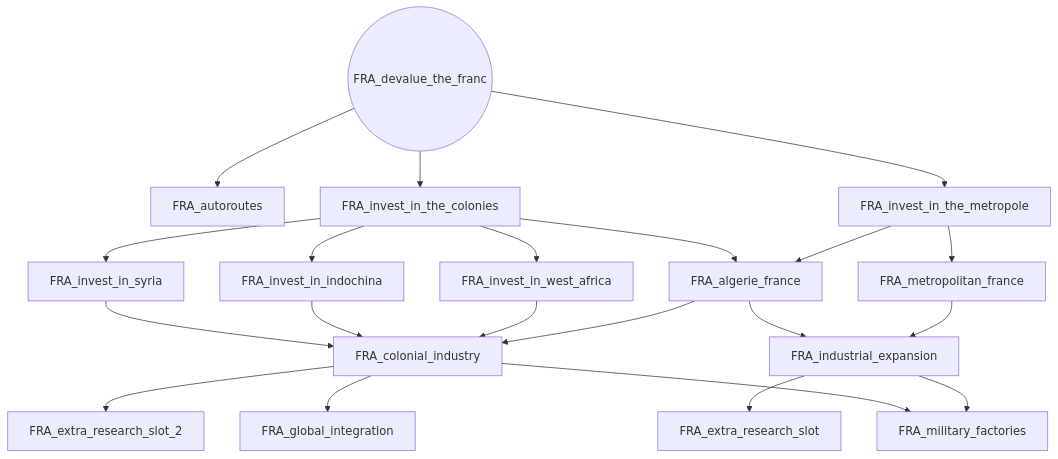
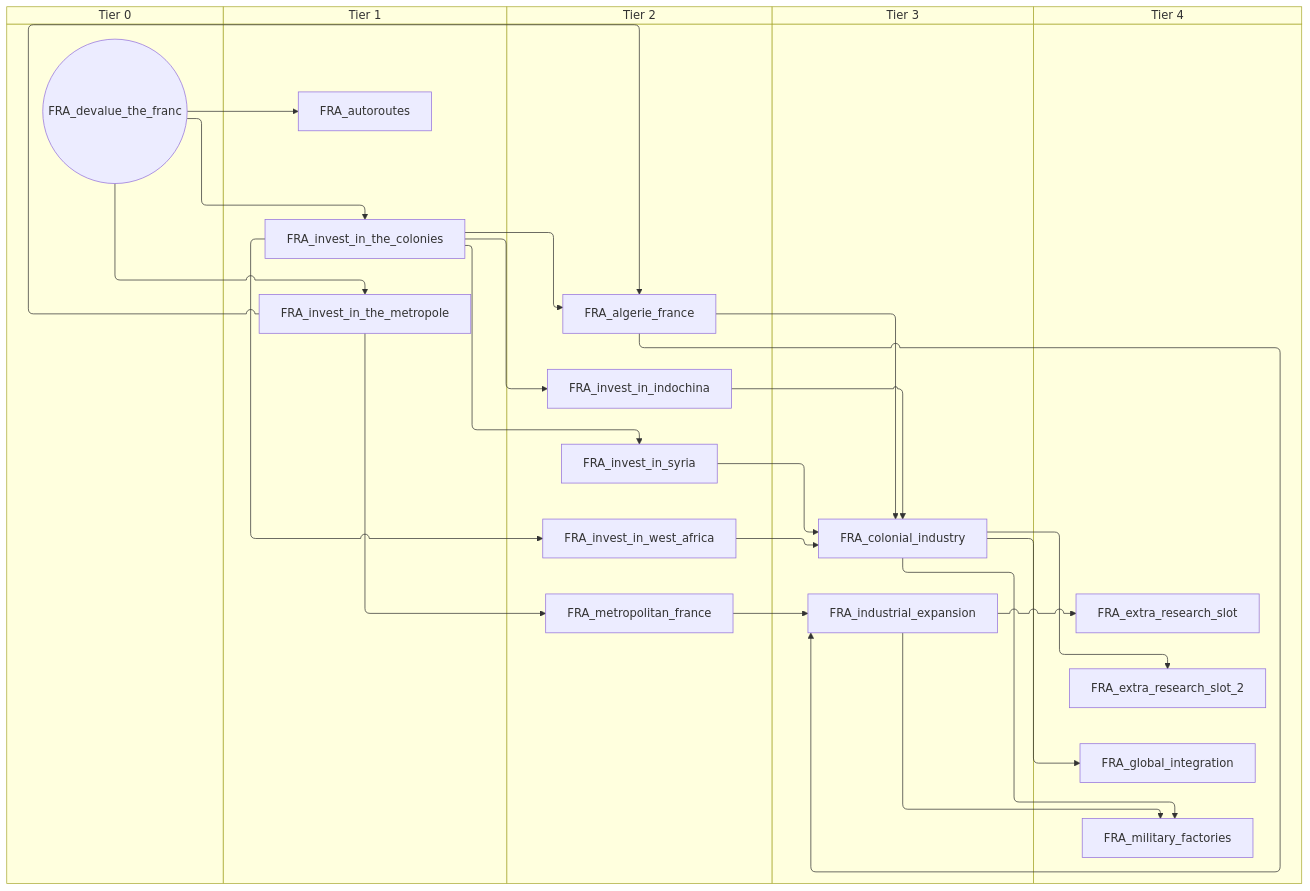
The third of 6 diagrams in docs/gdd/National Focuses/france.md (evgeny-sobol/hoi4-sandbox-mode), drawn with Mermaid before and after one commit. The commit also changed other lines of this file and 80 other files, not shown here.

First line of the commit message:
Add swimlane mode to focus graph exporter

````diff
--- a/docs/gdd/National Focuses/france.md
+++ b/docs/gdd/National Focuses/france.md
@@ -84,38 +104,48 @@
 ```mermaid
-flowchart TD
-    n32["FRA_algerie_france"]
-    n33["FRA_autoroutes"]
-    n34["FRA_colonial_industry"]
-    n35(("FRA_devalue_the_franc"))
-    n36["FRA_extra_research_slot"]
-    n37["FRA_extra_research_slot_2"]
-    n38["FRA_global_integration"]
-    n39["FRA_industrial_expansion"]
-    n40["FRA_invest_in_indochina"]
-    n41["FRA_invest_in_syria"]
-    n42["FRA_invest_in_the_colonies"]
-    n43["FRA_invest_in_the_metropole"]
-    n44["FRA_invest_in_west_africa"]
-    n45["FRA_metropolitan_france"]
-    n46["FRA_military_factories"]
-    n43 --> n32
-    n42 --> n32
-    n35 --> n33
-    n32 --> n34
-    n44 --> n34
-    n40 --> n34
-    n41 --> n34
-    n39 --> n36
+swimlane-beta TD
+    subgraph tier_0["Tier 0"]
+        n32(("FRA_devalue_the_franc"))
+    end
+    subgraph tier_1["Tier 1"]
+        n33["FRA_autoroutes"]
+        n34["FRA_invest_in_the_colonies"]
+        n35["FRA_invest_in_the_metropole"]
+    end
+    subgraph tier_2["Tier 2"]
+        n36["FRA_algerie_france"]
+        n37["FRA_invest_in_indochina"]
+        n38["FRA_invest_in_syria"]
+        n39["FRA_invest_in_west_africa"]
+        n40["FRA_metropolitan_france"]
+    end
+    subgraph tier_3["Tier 3"]
+        n41["FRA_colonial_industry"]
+        n42["FRA_industrial_expansion"]
+    end
+    subgraph tier_4["Tier 4"]
+        n43["FRA_extra_research_slot"]
+        n44["FRA_extra_research_slot_2"]
+        n45["FRA_global_integration"]
+        n46["FRA_military_factories"]
+    end
+    n35 --> n36
+    n34 --> n36
+    n32 --> n33
+    n36 --> n41
+    n39 --> n41
+    n37 --> n41
+    n38 --> n41
+    n42 --> n43
+    n41 --> n44
+    n41 --> n45
+    n40 --> n42
+    n36 --> n42
     n34 --> n37
     n34 --> n38
-    n45 --> n39
-    n32 --> n39
-    n42 --> n40
-    n42 --> n41
-    n35 --> n42
-    n35 --> n43
-    n42 --> n44
-    n43 --> n45
-    n39 --> n46
-    n34 --> n46
+    n32 --> n34
+    n32 --> n35
+    n34 --> n39
+    n35 --> n40
+    n42 --> n46
+    n41 --> n46
 ```
````
